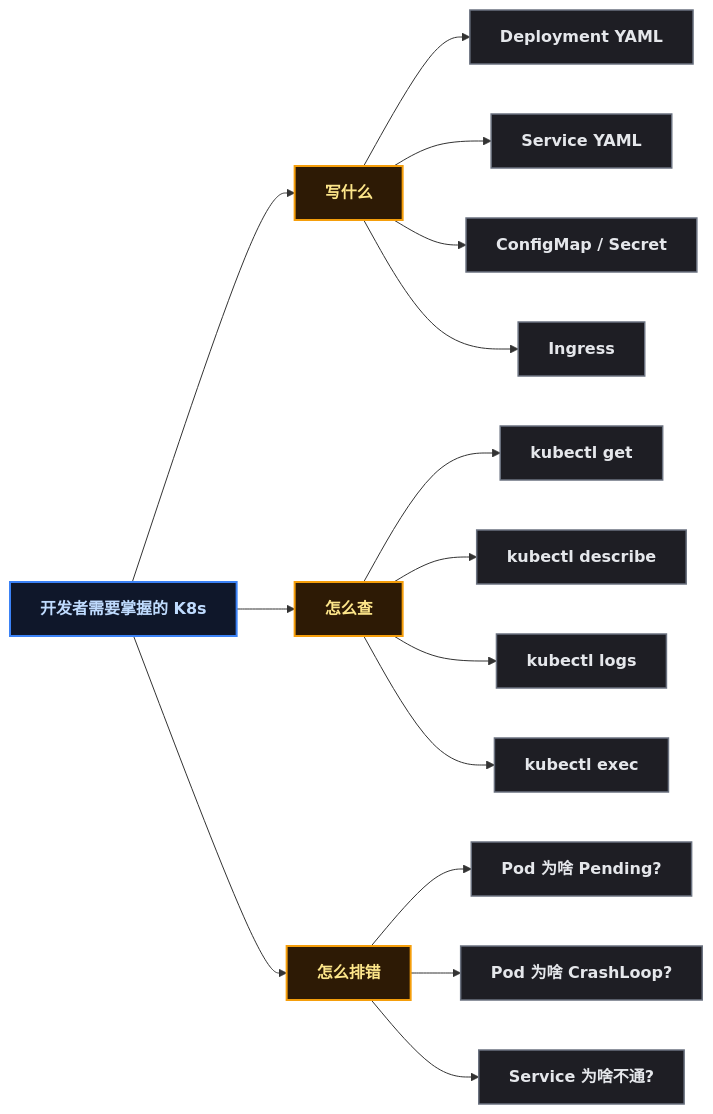
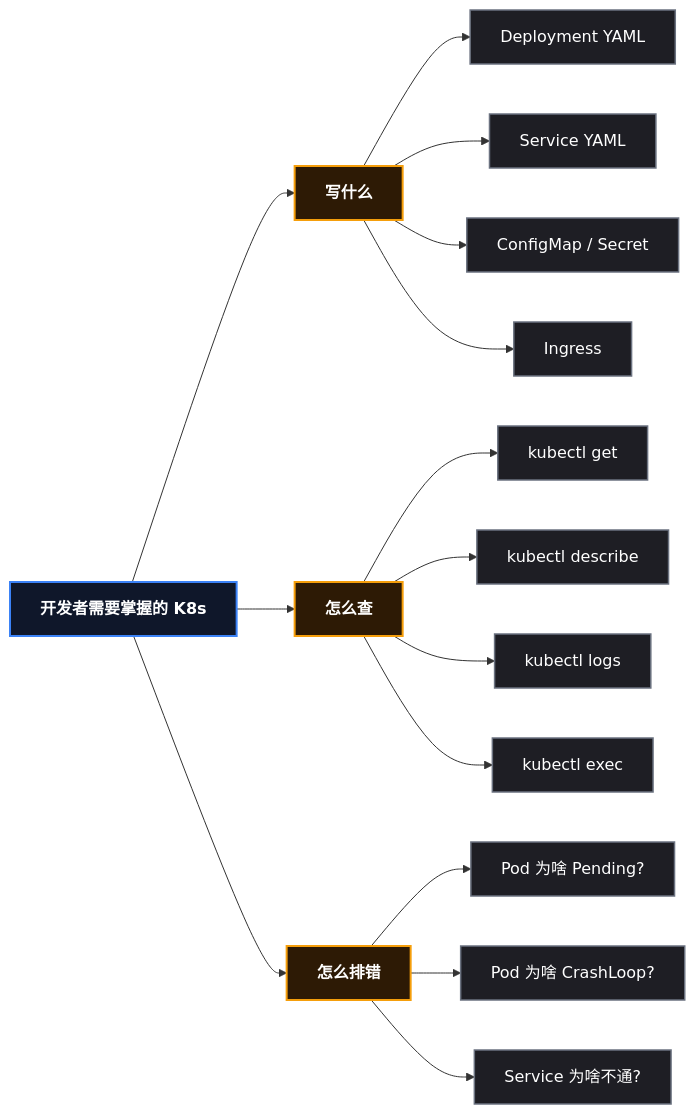
Before and after one commit to yaocat55/yaocat55.github.io: the seventh of 7 diagrams in content/posts/kubernetes/K8sFoundationConcepts.md, drawn with Mermaid. The commit also changed other lines of this file and 27 other files, not shown here.

Commit message:
docs: 全系列 93 张 Mermaid 图 classDef 改为 style 强制深底白字(修复部分渲染器白底浅字)+历史文件格式清理

````diff
--- a/content/posts/kubernetes/K8sFoundationConcepts.md
+++ b/content/posts/kubernetes/K8sFoundationConcepts.md
@@ -610,30 +588,36 @@
 ```mermaid
 flowchart LR
   R["开发者需要掌握的 K8s"]
   R --> G1["写什么"]
   R --> G2["怎么查"]
   R --> G3["怎么排错"]
 
   G1 --> G1A["Deployment YAML"]
   G1 --> G1B["Service YAML"]
   G1 --> G1C["ConfigMap / Secret"]
   G1 --> G1D["Ingress"]
 
   G2 --> G2A["kubectl get"]
   G2 --> G2B["kubectl describe"]
   G2 --> G2C["kubectl logs"]
   G2 --> G2D["kubectl exec"]
 
   G3 --> G3A["Pod 为啥 Pending?"]
   G3 --> G3B["Pod 为啥 CrashLoop?"]
   G3 --> G3C["Service 为啥不通?"]
-
-classDef root fill:#0f172a,stroke:#3b82f6,stroke-width:2px,color:#bfdbfe,font-weight:bold;
-  class R root
-
-classDef branch fill:#2d1a05,stroke:#f59e0b,stroke-width:2px,color:#fde68a,font-weight:bold;
-  class G1,G2,G3 branch
-
-classDef leaf fill:#1e1e24,stroke:#6b7280,stroke-width:1.5px,color:#e5e7eb;
-  class G1A,G1B,G1C,G1D,G2A,G2B,G2C,G2D,G3A,G3B,G3C leaf
+    style R fill:#0f172a,stroke:#3b82f6,stroke-width:2px,color:#ffffff,font-weight:bold
+    style G1 fill:#2d1a05,stroke:#f59e0b,stroke-width:2px,color:#ffffff,font-weight:bold
+    style G2 fill:#2d1a05,stroke:#f59e0b,stroke-width:2px,color:#ffffff,font-weight:bold
+    style G3 fill:#2d1a05,stroke:#f59e0b,stroke-width:2px,color:#ffffff,font-weight:bold
+    style G1A fill:#1e1e24,stroke:#6b7280,stroke-width:1.5px,color:#ffffff
+    style G1B fill:#1e1e24,stroke:#6b7280,stroke-width:1.5px,color:#ffffff
+    style G1C fill:#1e1e24,stroke:#6b7280,stroke-width:1.5px,color:#ffffff
+    style G1D fill:#1e1e24,stroke:#6b7280,stroke-width:1.5px,color:#ffffff
+    style G2A fill:#1e1e24,stroke:#6b7280,stroke-width:1.5px,color:#ffffff
+    style G2B fill:#1e1e24,stroke:#6b7280,stroke-width:1.5px,color:#ffffff
+    style G2C fill:#1e1e24,stroke:#6b7280,stroke-width:1.5px,color:#ffffff
+    style G2D fill:#1e1e24,stroke:#6b7280,stroke-width:1.5px,color:#ffffff
+    style G3A fill:#1e1e24,stroke:#6b7280,stroke-width:1.5px,color:#ffffff
+    style G3B fill:#1e1e24,stroke:#6b7280,stroke-width:1.5px,color:#ffffff
+    style G3C fill:#1e1e24,stroke:#6b7280,stroke-width:1.5px,color:#ffffff
 ```
````
